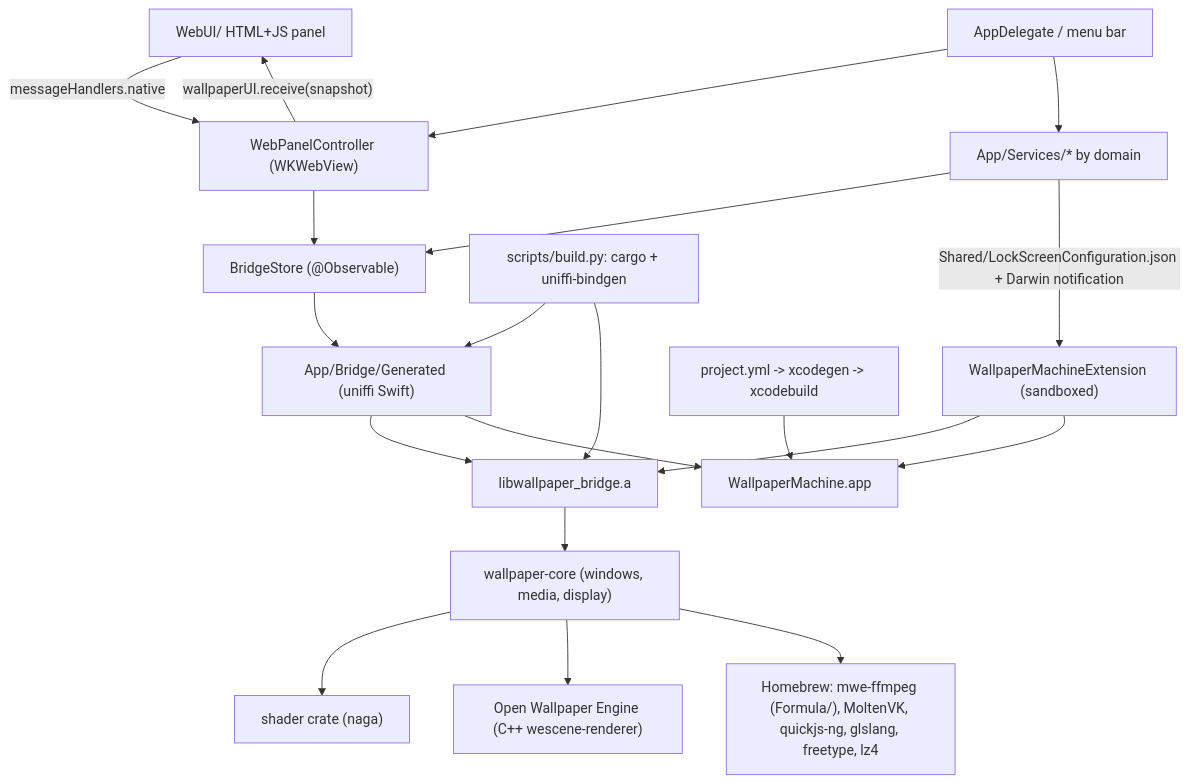
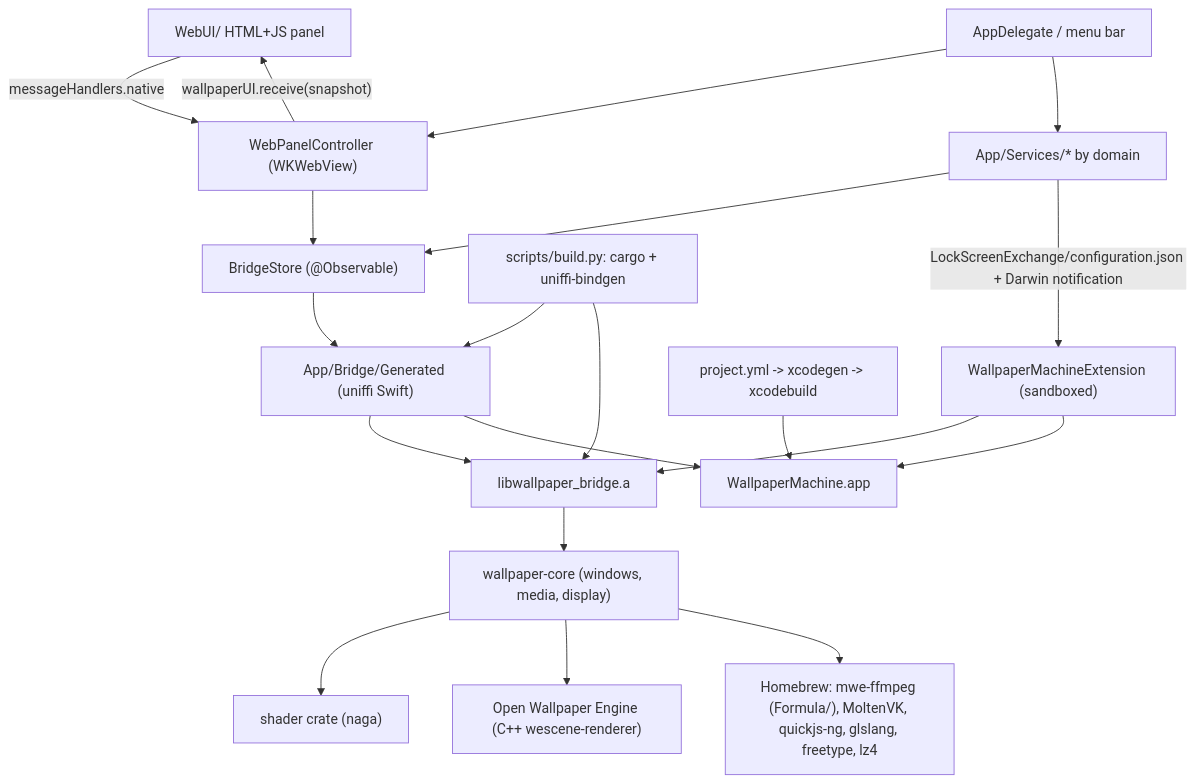
Before and after one commit to Hi-Jiajun/WallpaperMachine: the diagram in docs/architecture.md, drawn with Mermaid. The commit also changed other lines of this file and 27 other files, not shown here.

````diff
--- a/docs/architecture.md
+++ b/docs/architecture.md
@@ -513,22 +14,22 @@
 ```mermaid
 flowchart TD
   WebUI["WebUI/ HTML+JS panel"] -->|"messageHandlers.native"| Panel["WebPanelController (WKWebView)"]
   Panel -->|"wallpaperUI.receive(snapshot)"| WebUI
   Shell["AppDelegate / menu bar"] --> Panel
   Panel --> Store["BridgeStore (@Observable)"]
   Shell --> Services["App/Services/* by domain"]
   Services --> Store
   Store --> Generated["App/Bridge/Generated (uniffi Swift)"]
   Generated --> BridgeLib["libwallpaper_bridge.a"]
   BridgeLib --> Core["wallpaper-core (windows, media, display)"]
   Core --> Shader["shader crate (naga)"]
   Core --> OWE["Open Wallpaper Engine (C++ wescene-renderer)"]
   Core --> Brew["Homebrew: mwe-ffmpeg (Formula/), MoltenVK, quickjs-ng, glslang, freetype, lz4"]
-  Services -->|"Shared/LockScreenConfiguration.json + Darwin notification"| Ext["WallpaperMachineExtension (sandboxed)"]
+  Services -->|"LockScreenExchange/configuration.json + Darwin notification"| Ext["WallpaperMachineExtension (sandboxed)"]
   Ext --> BridgeLib
   Cargo["scripts/build.py: cargo + uniffi-bindgen"] --> Generated
   Cargo --> BridgeLib
   XcodeGen["project.yml -> xcodegen -> xcodebuild"] --> App["WallpaperMachine.app"]
   Generated --> App
   Ext --> App
 ```
````
